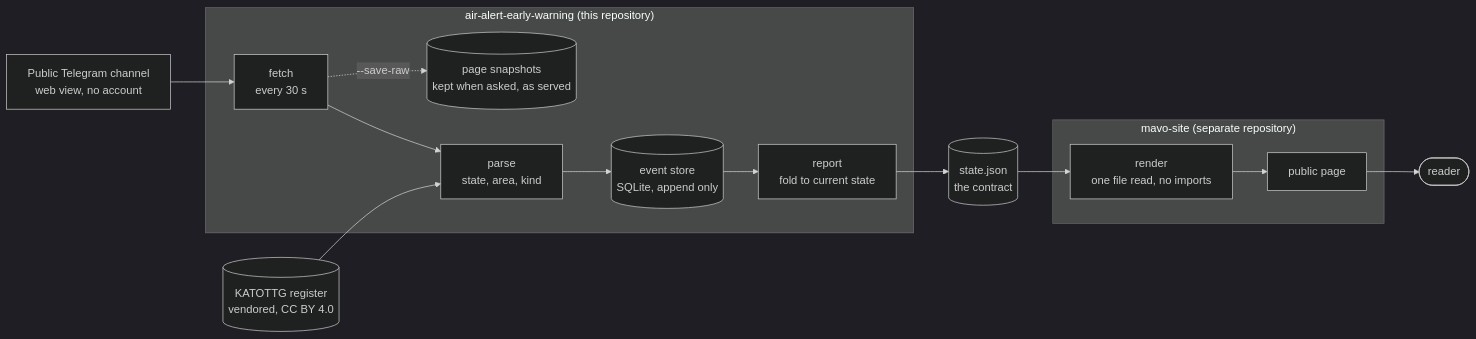
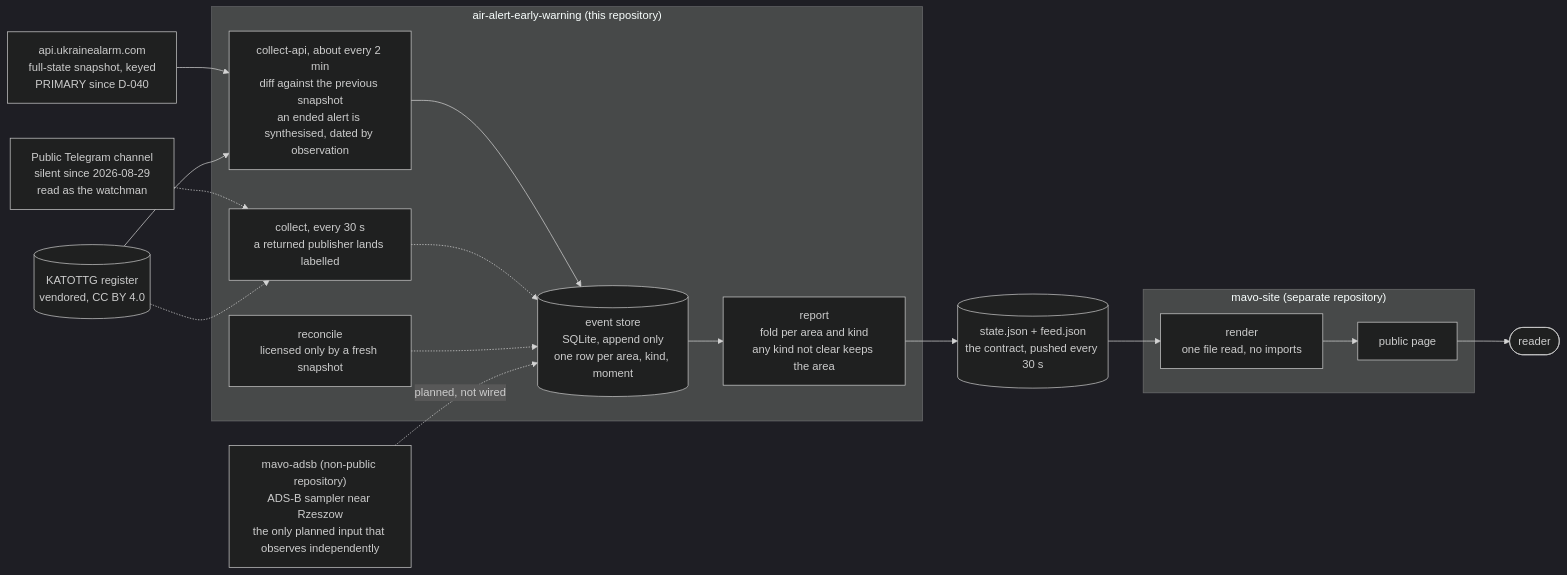
The diagram in README.md (jerzy99jerzy/air-alert-early-warning), drawn with Mermaid (dark theme) before and after one commit. The commit also changed other lines of this file and 13 other files, not shown here.

Commit message:
0.48.0.1: documents catch up with the shop (D-040 diagrams, DEPLOYMENT host truth, FEED-SPEC 2.3 upstream reading, Author AI note; F134/F137 completed)

````diff
--- a/README.md
+++ b/README.md
@@ -198,33 +198,39 @@
 ```mermaid
 flowchart LR
-    CH["Public Telegram channel<br/>web view, no account"]
+    API["api.ukrainealarm.com<br/>full-state snapshot, keyed<br/>PRIMARY since D-040"]
+    CH["Public Telegram channel<br/>silent since 2026-08-29<br/>read as the watchman"]
     KAT[("KATOTTG register<br/>vendored, CC BY 4.0")]
 
     subgraph PROD["air-alert-early-warning (this repository)"]
-        FETCH["fetch<br/>every 30 s"]
-        SNAP[("page snapshots<br/>kept when asked, as served")]
-        PARSE["parse<br/>state, area, kind"]
-        STORE[("event store<br/>SQLite, append only")]
-        REPORT["report<br/>fold to current state"]
+        CAPI["collect-api, about every 2 min<br/>diff against the previous snapshot<br/>an ended alert is synthesised, dated by observation"]
+        COLL["collect, every 30 s<br/>a returned publisher lands labelled"]
+        STORE[("event store<br/>SQLite, append only<br/>one row per area, kind, moment")]
+        REC["reconcile<br/>licensed only by a fresh snapshot"]
+        REPORT["report<br/>fold per area and kind<br/>any kind not clear keeps the area"]
     end
 
-    STATE[("state.json<br/>the contract")]
+    STATE[("state.json + feed.json<br/>the contract, pushed every 30 s")]
 
     subgraph SITE["mavo-site (separate repository)"]
         SERVE["render<br/>one file read, no imports"]
         PAGE["public page"]
     end
 
+    ADSB["mavo-adsb (non-public repository)<br/>ADS-B sampler near Rzeszow<br/>the only planned input that observes independently"]
+
     READER(["reader"])
 
-    CH --> FETCH
-    FETCH -.->|"--save-raw"| SNAP
-    FETCH --> PARSE
-    KAT --> PARSE
-    PARSE --> STORE
+    API --> CAPI
+    CH -.-> COLL
+    KAT --> CAPI
+    KAT -.-> COLL
+    CAPI --> STORE
+    COLL -.-> STORE
     STORE --> REPORT
+    REC -.-> STORE
     REPORT --> STATE
     STATE --> SERVE
     SERVE --> PAGE
     PAGE --> READER
+    ADSB -.->|"planned, not wired"| STORE
 ```
````
